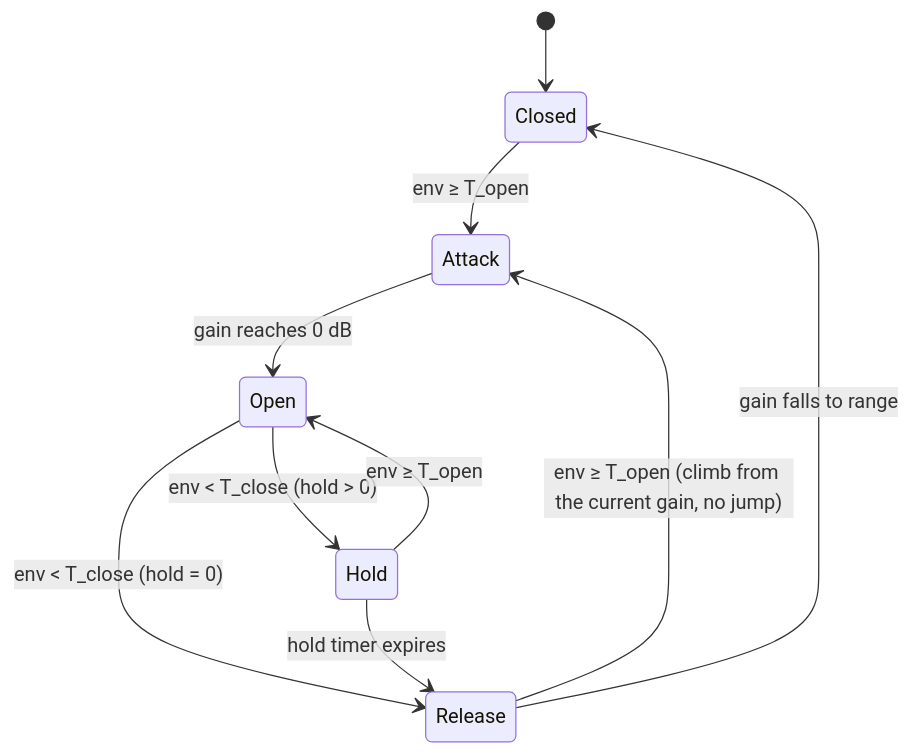
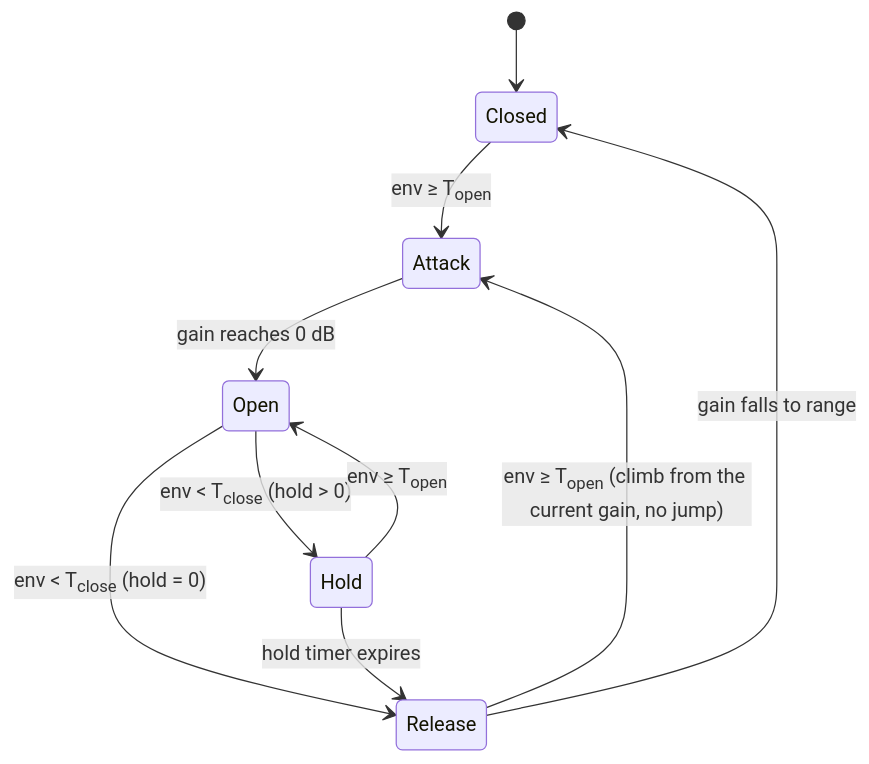
The first of 2 diagrams in lessons/08-gate-expander/README.md (TomHsieh300/DAW-for-fun), drawn with Mermaid before and after one commit. The commit also changed 19 other files, not shown here.

First line of the commit message:
lessons: typeset subscripts and superscripts in Mermaid labels

````diff
--- a/lessons/08-gate-expander/README.md
+++ b/lessons/08-gate-expander/README.md
@@ -187,12 +187,12 @@
 ```mermaid
 stateDiagram-v2
     [*] --> Closed
-    Closed --> Attack: env ≥ T_open
+    Closed --> Attack: env ≥ T<sub>open</sub>
     Attack --> Open: gain reaches 0 dB
-    Open --> Hold: env < T_close (hold > 0)
-    Open --> Release: env < T_close (hold = 0)
-    Hold --> Open: env ≥ T_open
+    Open --> Hold: env < T<sub>close</sub> (hold > 0)
+    Open --> Release: env < T<sub>close</sub> (hold = 0)
+    Hold --> Open: env ≥ T<sub>open</sub>
     Hold --> Release: hold timer expires
-    Release --> Attack: env ≥ T_open (climb from the current gain, no jump)
+    Release --> Attack: env ≥ T<sub>open</sub> (climb from the current gain, no jump)
     Release --> Closed: gain falls to range
 ```
````
